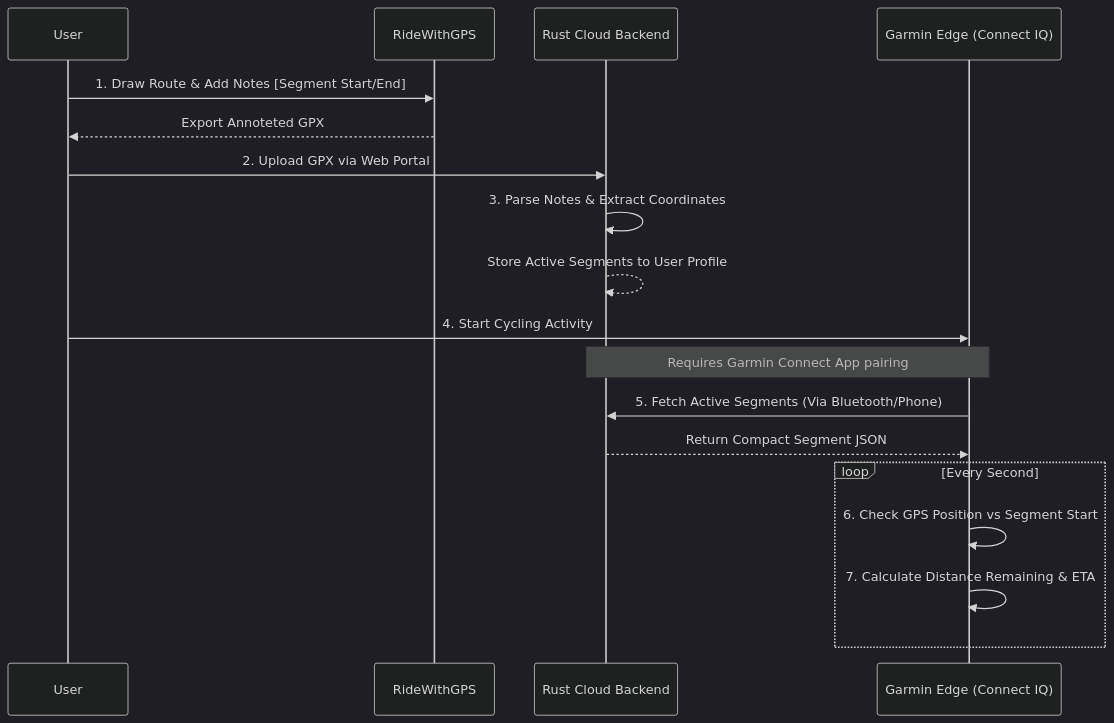
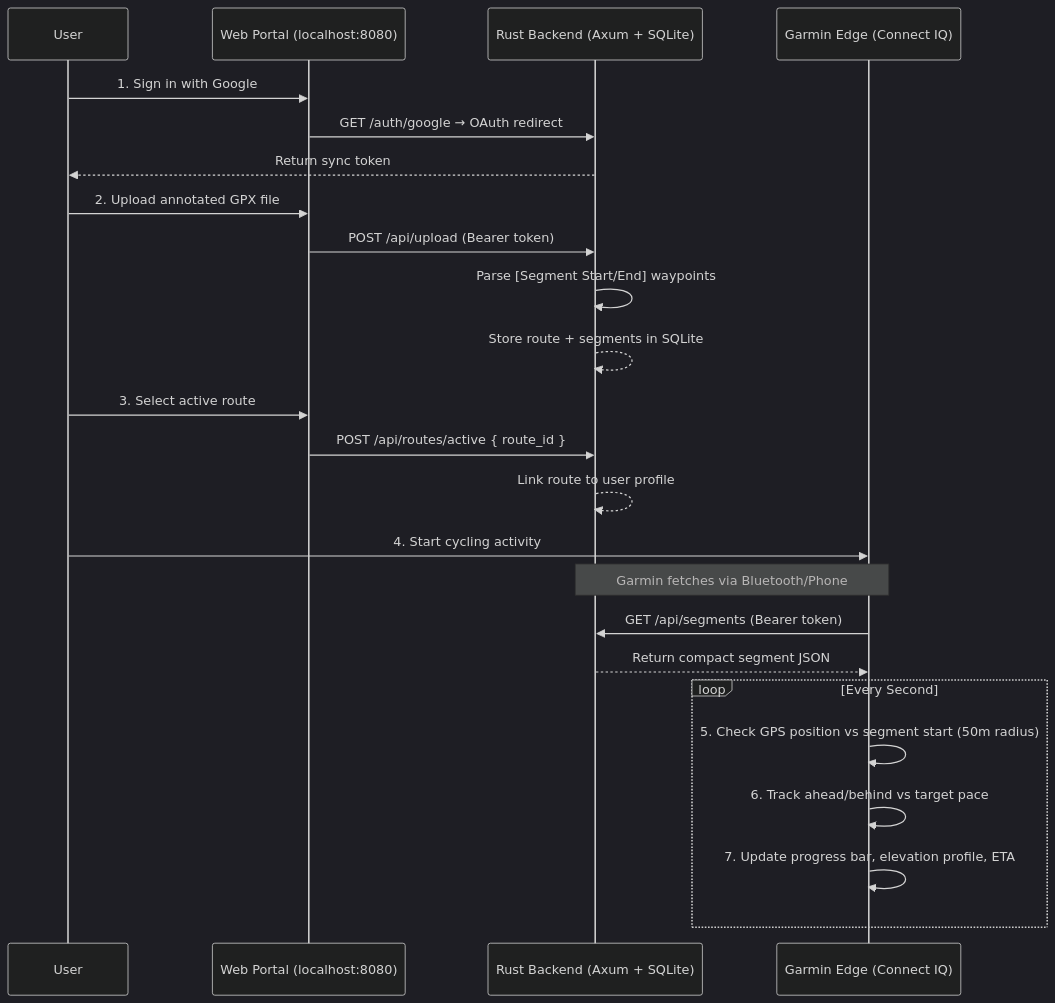
The diagram in docs/architecture.md (NikolaasBender/redline-iq), drawn with Mermaid (dark theme) before and after one commit. The commit also changed other lines of this file and 17 other files, not shown here.

````diff
--- a/docs/architecture.md
+++ b/docs/architecture.md
@@ -5,21 +7,31 @@
 ```mermaid
 sequenceDiagram
     participant U as User
-    participant R as RideWithGPS
-    participant B as Rust Cloud Backend
+    participant W as Web Portal (localhost:8080)
+    participant B as Rust Backend (Axum + SQLite)
     participant G as Garmin Edge (Connect IQ)
-    
-    U->>R: 1. Draw Route & Add Notes [Segment Start/End]
-    R-->>U: Export Annoteted GPX
-    U->>B: 2. Upload GPX via Web Portal
-    B->>B: 3. Parse Notes & Extract Coordinates
-    B-->>B: Store Active Segments to User Profile
-    U->>G: 4. Start Cycling Activity
-    note over G,B: Requires Garmin Connect App pairing
-    G->>B: 5. Fetch Active Segments (Via Bluetooth/Phone)
-    B-->>G: Return Compact Segment JSON
+
+    U->>W: 1. Sign in with Google
+    W->>B: GET /auth/google → OAuth redirect
+    B-->>U: Return sync token
+
+    U->>W: 2. Upload annotated GPX file
+    W->>B: POST /api/upload (Bearer token)
+    B->>B: Parse [Segment Start/End] waypoints
+    B-->>B: Store route + segments in SQLite
+
+    U->>W: 3. Select active route
+    W->>B: POST /api/routes/active { route_id }
+    B-->>B: Link route to user profile
+
+    U->>G: 4. Start cycling activity
+    note over G,B: Garmin fetches via Bluetooth/Phone
+    G->>B: GET /api/segments (Bearer token)
+    B-->>G: Return compact segment JSON
+
     loop Every Second
-        G->>G: 6. Check GPS Position vs Segment Start
-        G->>G: 7. Calculate Distance Remaining & ETA
+        G->>G: 5. Check GPS position vs segment start (50m radius)
+        G->>G: 6. Track ahead/behind vs target pace
+        G->>G: 7. Update progress bar, elevation profile, ETA
     end
 ```
````
